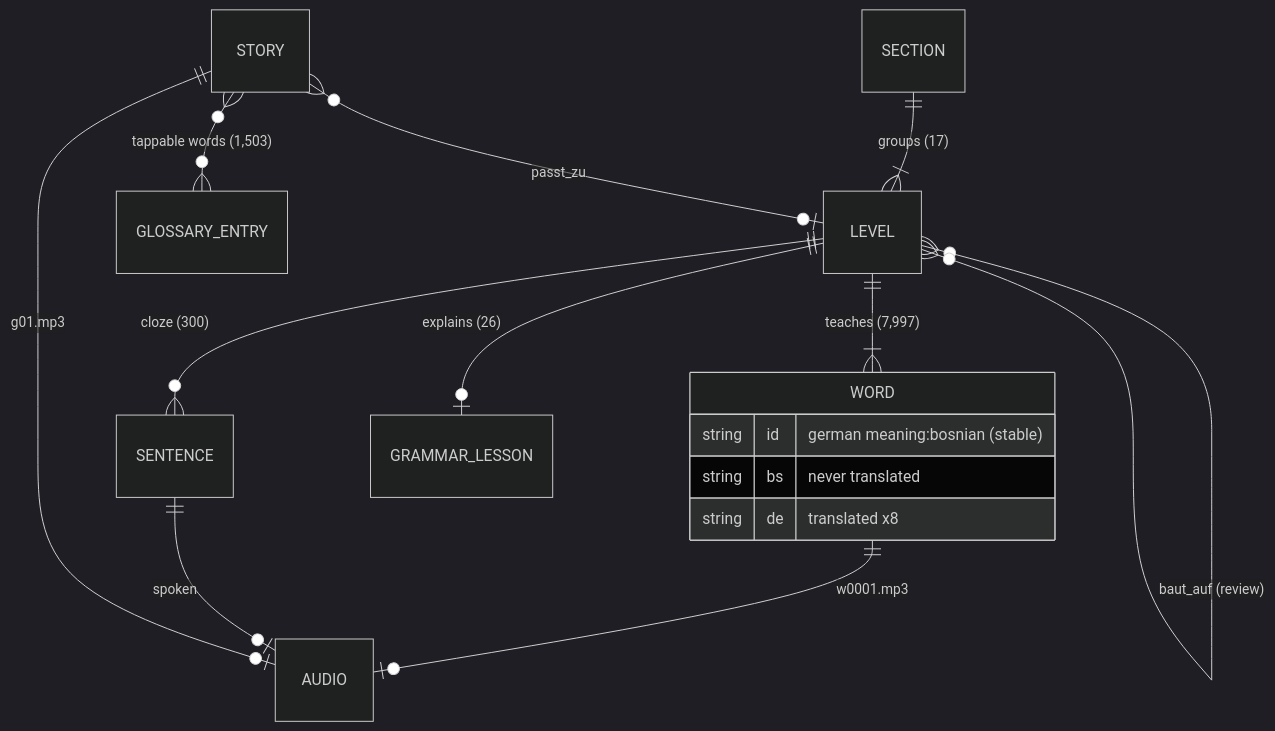
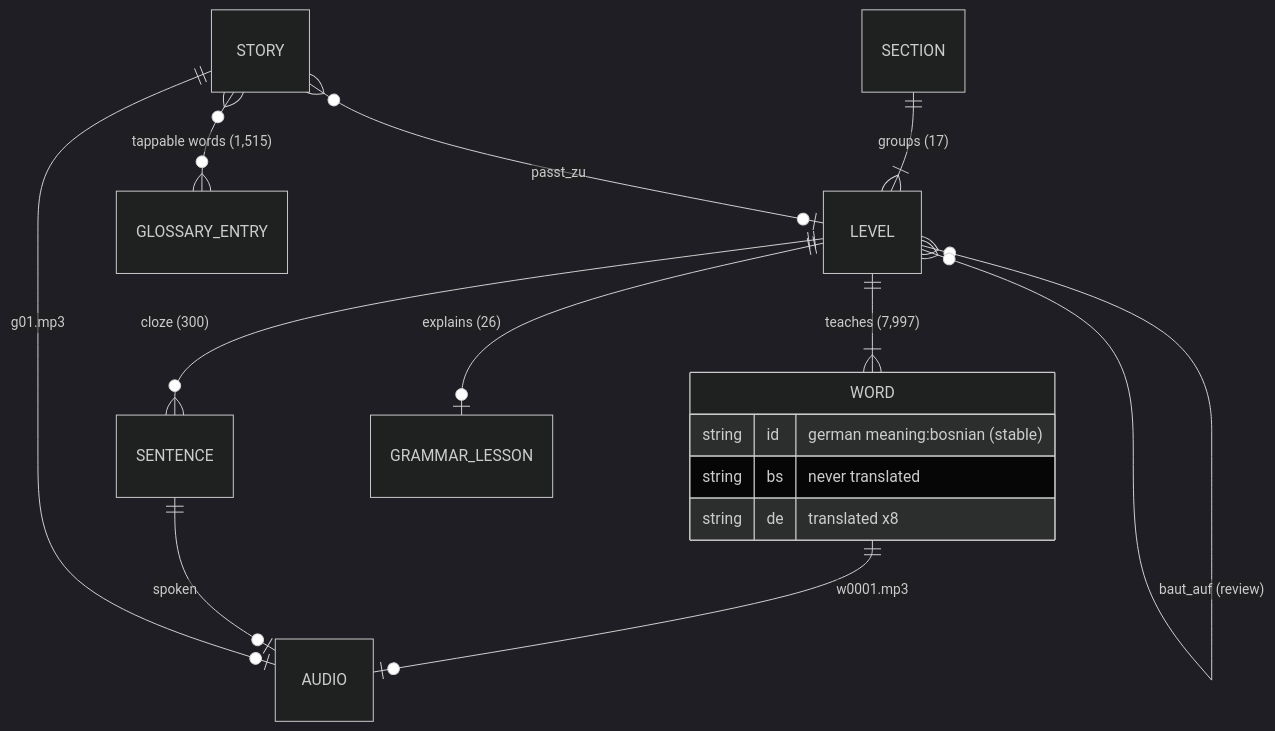
Before and after one commit to zmaj-lernapp/zmaj: the second of 3 diagrams in docs/ARCHITECTURE.md, drawn with Mermaid (dark theme). The commit also changed 17 other files, not shown here.

````diff
--- a/docs/ARCHITECTURE.md
+++ b/docs/ARCHITECTURE.md
@@ -54,18 +54,18 @@
 ```mermaid
 erDiagram
   SECTION ||--|{ LEVEL : "groups (17)"
   LEVEL ||--|{ WORD : "teaches (7,997)"
   LEVEL ||--o{ SENTENCE : "cloze (300)"
   LEVEL ||--o| GRAMMAR_LESSON : "explains (26)"
   LEVEL }o--o{ LEVEL : "baut_auf (review)"
   STORY }o--o| LEVEL : "passt_zu"
-  STORY }o--o{ GLOSSARY_ENTRY : "tappable words (1,503)"
+  STORY }o--o{ GLOSSARY_ENTRY : "tappable words (1,515)"
   WORD ||--o| AUDIO : "w0001.mp3"
   SENTENCE ||--o| AUDIO : "spoken"
   STORY ||--o| AUDIO : "g01.mp3"
   WORD {
     string id "german meaning:bosnian (stable)"
     string bs "never translated"
     string de "translated x8"
   }
 ```
````
